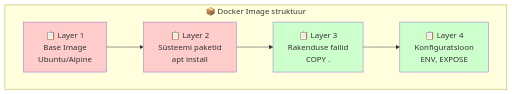
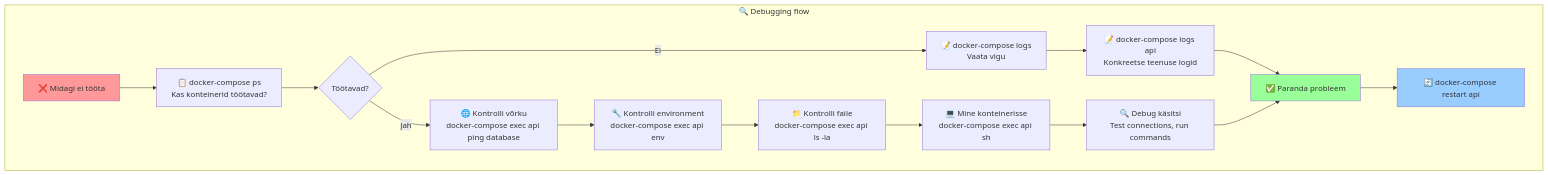
One commit to mtalvik/automatiseerimine_ext changed the eighth of 12 diagrams in docker_orchestration/lecture.md. Above: the diagram before and after it, drawn with Mermaid. The commit also changed other lines of this file, not shown here.

````diff
--- a/docker_orchestration/lecture.md
+++ b/docker_orchestration/lecture.md
@@ -622,18 +676,40 @@
 ```mermaid
-graph TB
-    subgraph "📦 Docker Image struktuur"
-        Layer1[📋 Layer 1<br/>Base Image<br/>Ubuntu/Alpine]
-        Layer2[📋 Layer 2<br/>Süsteemi paketid<br/>apt install]
-        Layer3[📋 Layer 3<br/>Rakenduse failid<br/>COPY .]
-        Layer4[📋 Layer 4<br/>Konfiguratsioon<br/>ENV, EXPOSE]
+graph TD
+    subgraph "🔍 Debugging flow"
+        Problem[❌ Midagi ei tööta]
+        Check1[📋 docker-compose ps<br/>Kas konteinerid töötavad?]
+        Running{Töötavad?}
+        
+        CheckLogs[📝 docker-compose logs<br/>Vaata vigu]
+        CheckSpecific[📝 docker-compose logs api<br/>Konkreetse teenuse logid]
+        
+        CheckNetwork[🌐 Kontrolli võrku<br/>docker-compose exec api ping database]
+        CheckEnv[🔧 Kontrolli environment<br/>docker-compose exec api env]
+        CheckFiles[📁 Kontrolli faile<br/>docker-compose exec api ls -la]
+        
+        Shell[💻 Mine konteinerisse<br/>docker-compose exec api sh]
+        Debug[🔍 Debug käsitsi<br/>Test connections, run commands]
+        
+        Fix[✅ Paranda probleem]
+        Restart[🔄 docker-compose restart api]
     end
     
-    Layer1 --> Layer2
-    Layer2 --> Layer3
-    Layer3 --> Layer4
+    Problem --> Check1
+    Check1 --> Running
+    Running -->|Ei| CheckLogs
+    Running -->|Jah| CheckNetwork
     
-    style Layer1 fill:#ffcccc
-    style Layer2 fill:#ffcccc
-    style Layer3 fill:#ccffcc
-    style Layer4 fill:#ccffcc
+    CheckLogs --> CheckSpecific
+    CheckSpecific --> Fix
+    
+    CheckNetwork --> CheckEnv
+    CheckEnv --> CheckFiles
+    CheckFiles --> Shell
+    Shell --> Debug
+    Debug --> Fix
+    Fix --> Restart
+    
+    style Problem fill:#ff9999
+    style Fix fill:#99ff99
+    style Restart fill:#99ccff
 ```
````
